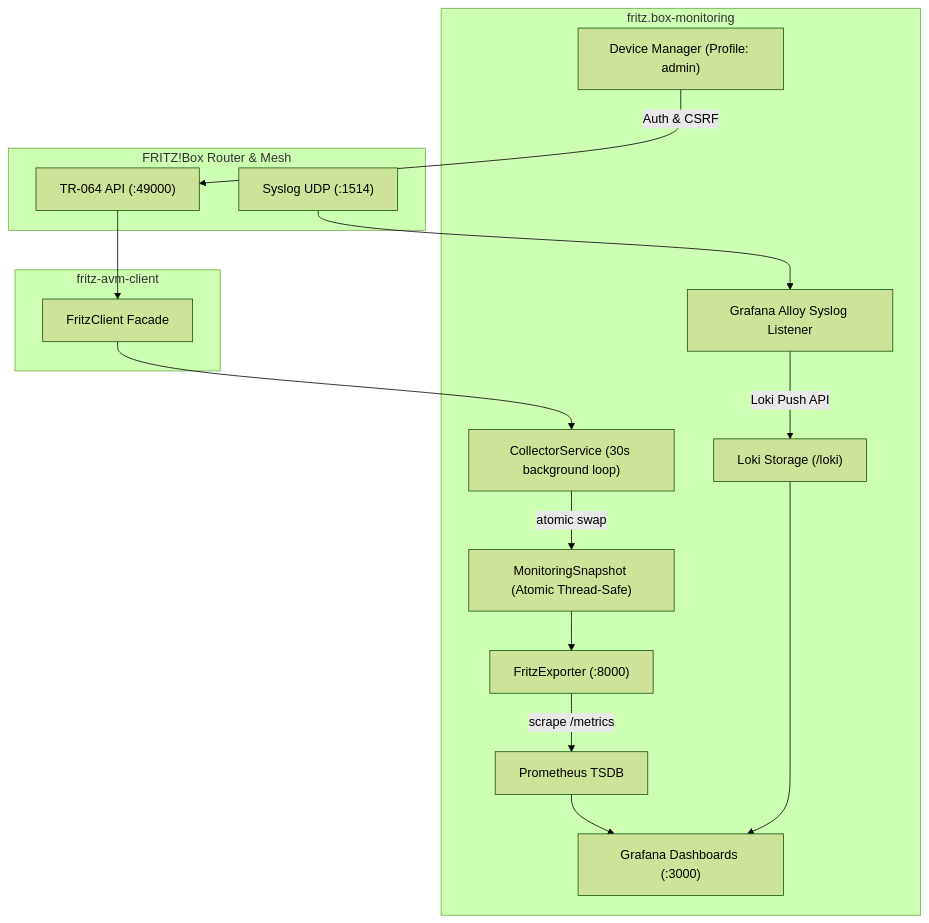
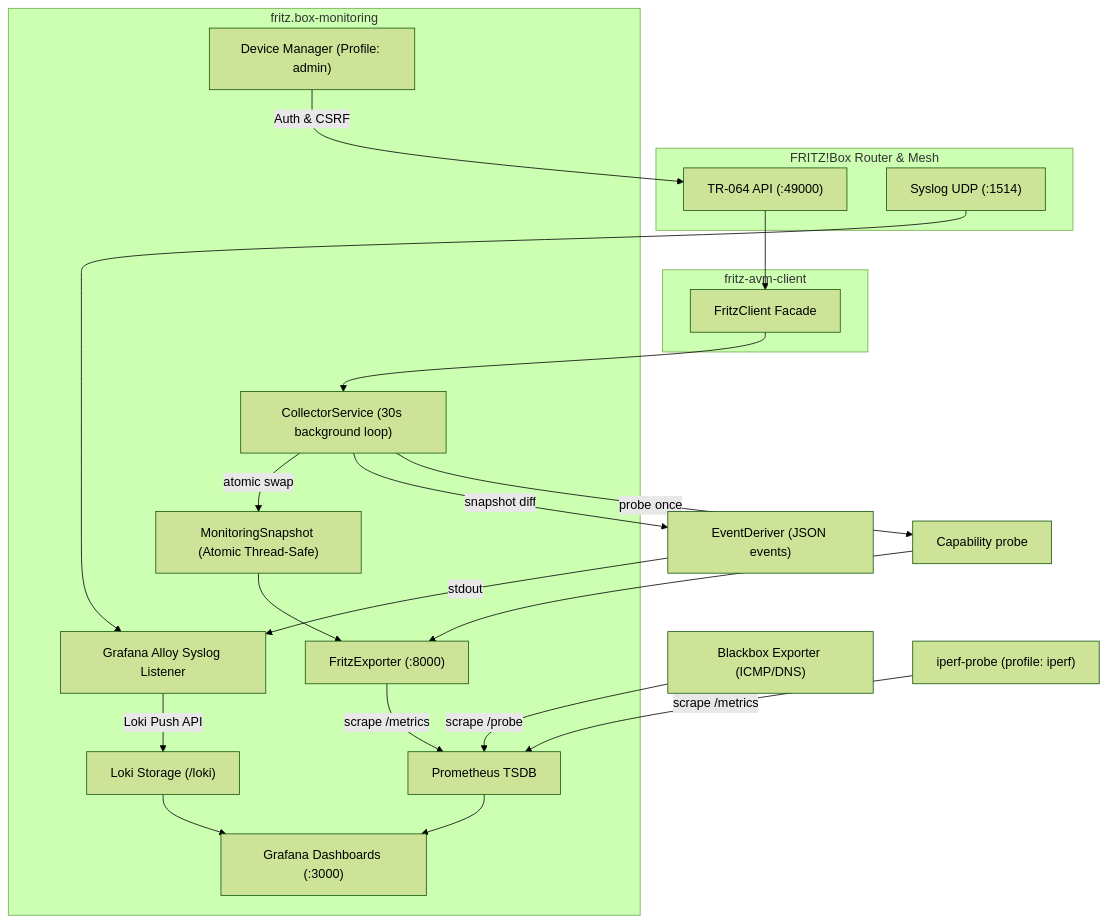
One commit to domehahn/fritz.box-monitoring changed the diagram in docs/ARCHITECTURE.md. Above: the diagram before and after it, drawn with Mermaid (forest theme). The commit also changed other lines of this file and 46 other files, not shown here.

First line of the commit message:
feat: Home Network NOC — dashboards, probing, event pipeline, capability layer

````diff
--- a/docs/ARCHITECTURE.md
+++ b/docs/ARCHITECTURE.md
@@ -16,35 +22,43 @@
 ```mermaid
 flowchart TD
     subgraph FritzBox["FRITZ!Box Router & Mesh"]
         TR064["TR-064 API (:49000)"]
         SyslogUDP["Syslog UDP (:1514)"]
     end
 
     subgraph ClientSDK["fritz-avm-client"]
         FritzClient["FritzClient Facade"]
     end
 
     subgraph MonitoringStack["fritz.box-monitoring"]
         Collector["CollectorService (30s background loop)"]
         Snapshot["MonitoringSnapshot (Atomic Thread-Safe)"]
         Exporter["FritzExporter (:8000)"]
         Alloy["Grafana Alloy Syslog Listener"]
         Loki["Loki Storage (/loki)"]
         Prometheus["Prometheus TSDB"]
         Grafana["Grafana Dashboards (:3000)"]
         DeviceManager["Device Manager (Profile: admin)"]
     end
 
     TR064 --> FritzClient
     FritzClient --> Collector
     Collector -->|atomic swap| Snapshot
     Snapshot --> Exporter
     Exporter -->|scrape /metrics| Prometheus
     Prometheus --> Grafana
 
     SyslogUDP --> Alloy
     Alloy -->|Loki Push API| Loki
     Loki --> Grafana
 
+    Collector -->|snapshot diff| Events["EventDeriver (JSON events)"]
+    Events -->|stdout| Alloy
+    Collector -->|probe once| Caps["Capability probe"]
+    Caps --> Exporter
+
+    Blackbox["Blackbox Exporter (ICMP/DNS)"] -->|scrape /probe| Prometheus
+    Iperf["iperf-probe (profile: iperf)"] -->|scrape /metrics| Prometheus
+
     DeviceManager -->|Auth & CSRF| TR064
 ```
````
